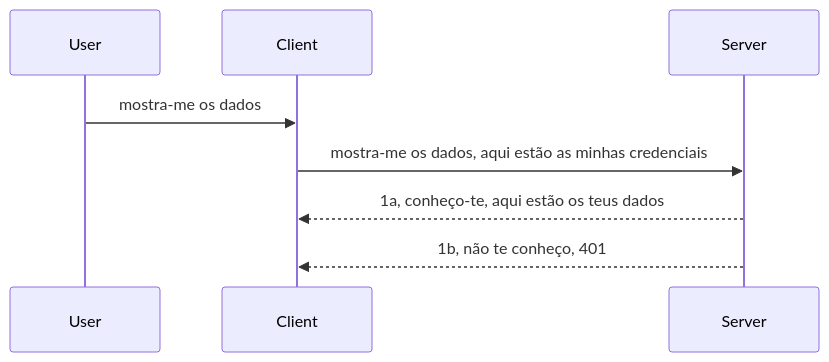
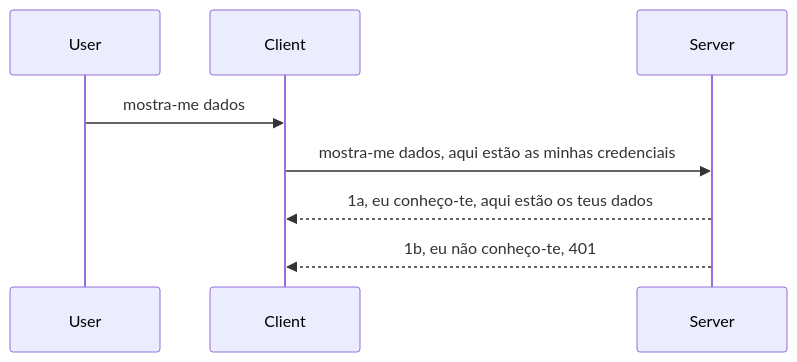
The diagram in mcp_ecosystem__model_context_protocol/mcp_learning_resources/mcp-for-beginners/translations/pt-PT/03-GettingStarted/11-simple-auth/README.md (HIDORAKAI002/ai-workspace-archive), drawn with Mermaid before and after one commit. The commit also changed other lines of this file and 1160 other files, not shown here.

````diff
--- a/mcp_ecosystem__model_context_protocol/mcp_learning_resources/mcp-for-beginners/translations/pt-PT/03-GettingStarted/11-simple-auth/README.md
+++ b/mcp_ecosystem__model_context_protocol/mcp_learning_resources/mcp-for-beginners/translations/pt-PT/03-GettingStarted/11-simple-auth/README.md
@@ -24,11 +24,11 @@
 ```mermaid
 sequenceDiagram
    participant User
    participant Client
    participant Server
 
-   User->>Client: mostra-me os dados
-   Client->>Server: mostra-me os dados, aqui estão as minhas credenciais
-   Server-->>Client: 1a, conheço-te, aqui estão os teus dados
-   Server-->>Client: 1b, não te conheço, 401 
+   User->>Client: mostra-me dados
+   Client->>Server: mostra-me dados, aqui estão as minhas credenciais
+   Server-->>Client: 1a, eu conheço-te, aqui estão os teus dados
+   Server-->>Client: 1b, eu não conheço-te, 401 
 ```
````
